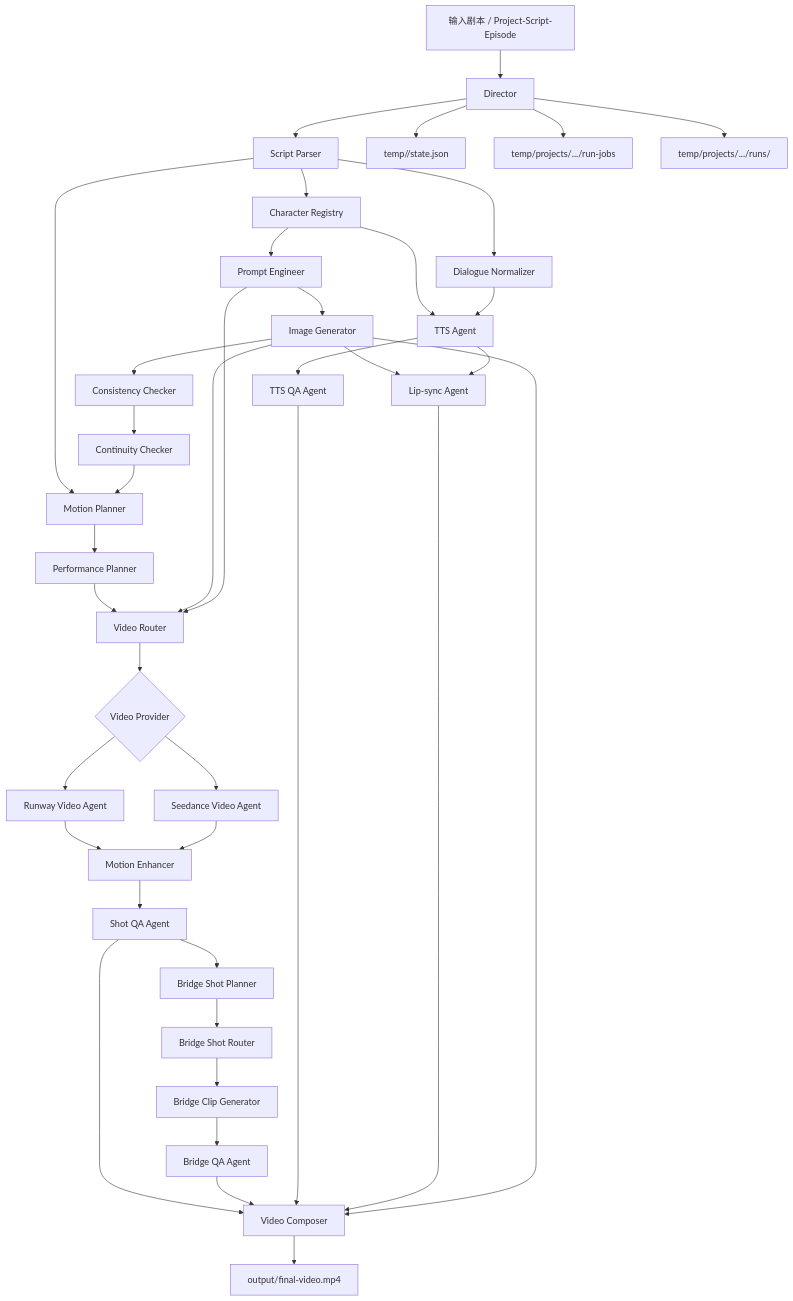
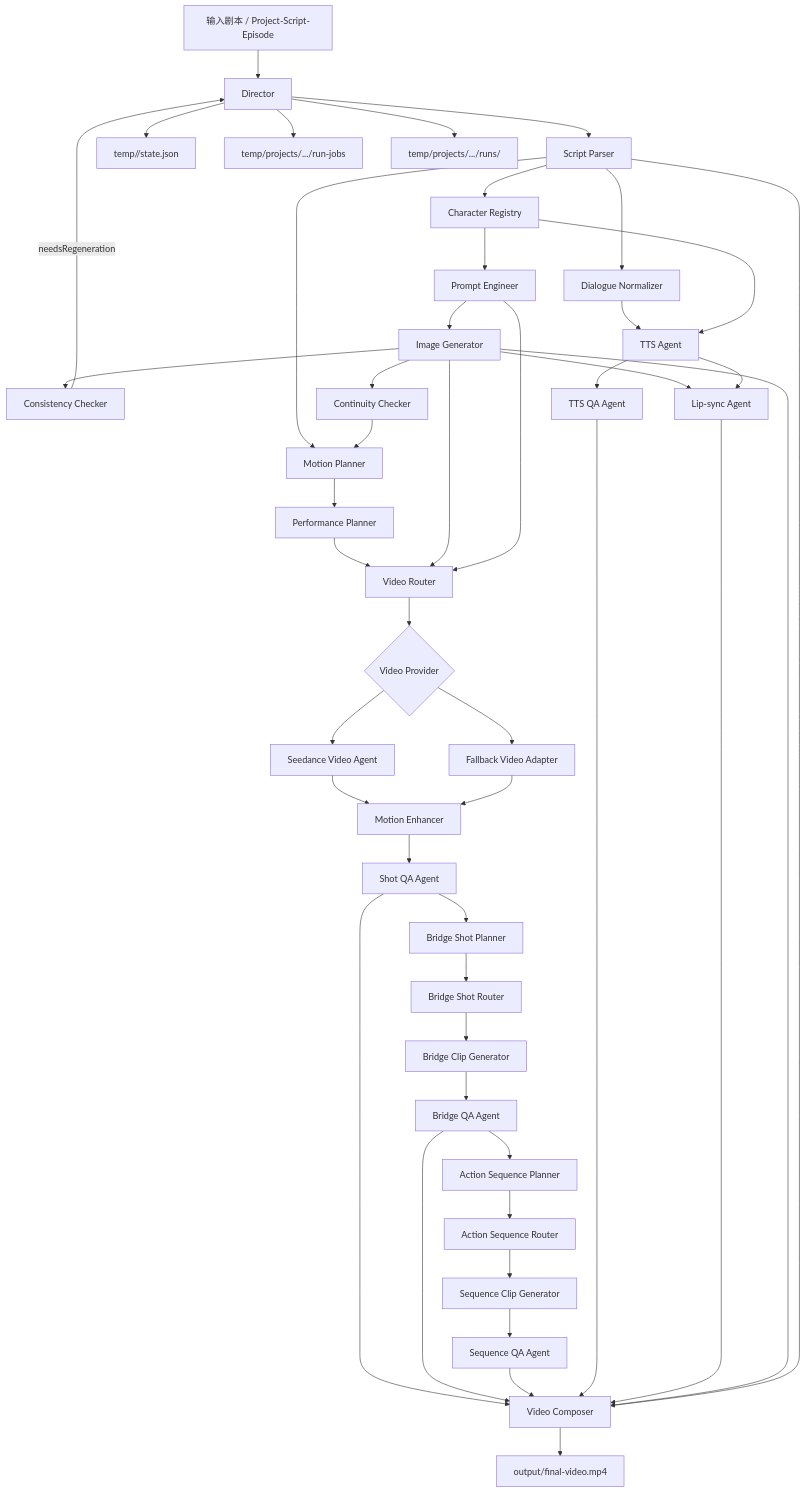
The first of 2 diagrams in docs/runtime/README.md (OliverPanda/AI-video-factory-pro), drawn with Mermaid before and after one commit. The commit also changed other lines of this file and 63 other files, not shown here.

First line of the commit message:
完成 fallback video 通用化接入与 sequence QA/续跑收口

````diff
--- a/docs/runtime/README.md
+++ b/docs/runtime/README.md
@@ -19,41 +19,48 @@
 ```mermaid
 flowchart TD
     A[输入剧本 / Project-Script-Episode] --> B[Director]
     B --> C[Script Parser]
     C --> D[Character Registry]
     D --> E[Prompt Engineer]
     E --> F[Image Generator]
     F --> G[Consistency Checker]
-    G --> H[Continuity Checker]
+    G -->|needsRegeneration| B
+    F --> H[Continuity Checker]
     C --> I[Motion Planner]
     H --> I
     I --> J[Performance Planner]
     J --> K[Video Router]
     F --> K
     E --> K
     K --> L{Video Provider}
-    L --> L1[Runway Video Agent]
-    L --> L2[Seedance Video Agent]
+    L --> L1[Seedance Video Agent]
+    L --> L2[Fallback Video Adapter]
     L1 --> M[Motion Enhancer]
     L2 --> M
     M --> N[Shot QA Agent]
-    N --> O[Bridge Shot Planner]
-    O --> P[Bridge Shot Router]
-    P --> Q[Bridge Clip Generator]
-    Q --> R[Bridge QA Agent]
-    C --> S[Dialogue Normalizer]
-    D --> T[TTS Agent]
-    S --> T
+    N --> BS[Bridge Shot Planner]
+    BS --> BR[Bridge Shot Router]
+    BR --> BG[Bridge Clip Generator]
+    BG --> BQ[Bridge QA Agent]
+    BQ --> ASP[Action Sequence Planner]
+    ASP --> ASR[Action Sequence Router]
+    ASR --> ASG[Sequence Clip Generator]
+    ASG --> ASQ[Sequence QA Agent]
+    C --> DN[Dialogue Normalizer]
+    DN --> T[TTS Agent]
+    D --> T
     T --> U[TTS QA Agent]
     F --> V[Lip-sync Agent]
     T --> V
     N --> W[Video Composer]
-    R --> W
+    BQ --> W
+    ASQ --> W
     U --> W
     V --> W
     F --> W
+    C --> W
     W --> X[output/final-video.mp4]
     B --> Y[temp/<jobId>/state.json]
     B --> Z[temp/projects/.../run-jobs]
     B --> AA[temp/projects/.../runs/<runId>]
 ```
````
